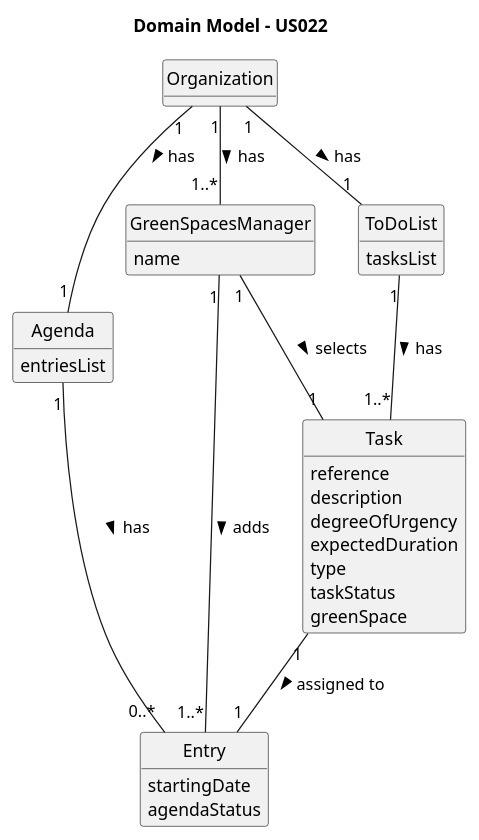
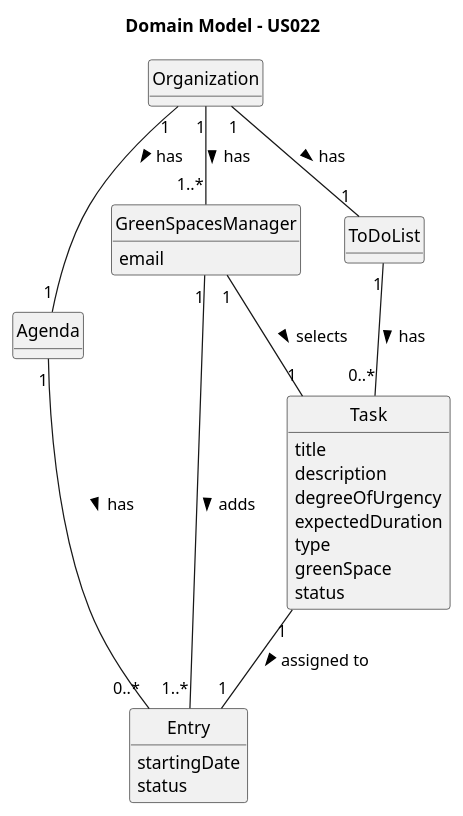
Before and after one commit to daniel41silva05/ISEP_2023_2024_LAPR2: the diagram in docs/sprintA&B&C/us022/02.analysis/puml/us022-domain-model.puml, drawn with PlantUML. The commit also changed 10 other files, not shown here.

Commit message:
Update US22 - Requirements engineering + Domain Model + Class Diagram #10

```diff
--- a/docs/sprintA&B&C/us022/02.analysis/puml/us022-domain-model.puml
+++ b/docs/sprintA&B&C/us022/02.analysis/puml/us022-domain-model.puml
@@ -1,52 +1,50 @@
 @startuml
 skinparam monochrome true
 skinparam packageStyle rectangle
 skinparam shadowing false
 
 skinparam classAttributeIconSize 0
 
 hide circle
 hide methods
 
 title Domain Model - US022
 
 class Organization {
 }
 
 class GreenSpacesManager {
-    name
+    email
 }
 
 class Agenda {
-    entriesList
 }
 
 class ToDoList {
-    tasksList
 }
 
 class Entry {
     startingDate
-    agendaStatus
+    status
 }
 
 class Task {
-    reference
+    title
     description
     degreeOfUrgency
     expectedDuration
     type
-    taskStatus
     greenSpace
+    status
 }
 
 Organization "1" -- "1..*" GreenSpacesManager : has >
 Organization "1" -- "1" Agenda : has >
 Organization "1" -- "1" ToDoList : has >
 GreenSpacesManager "1" -- "1" Task : selects  >
 GreenSpacesManager "1" -- "1..*" Entry : adds >
 Agenda "1" -- "0..*" Entry : has >
-ToDoList "1" -- "1..*" Task : has >
+ToDoList "1" -- "0..*" Task : has >
 Task "1" -- "1" Entry : assigned to >
 
 @enduml
```
